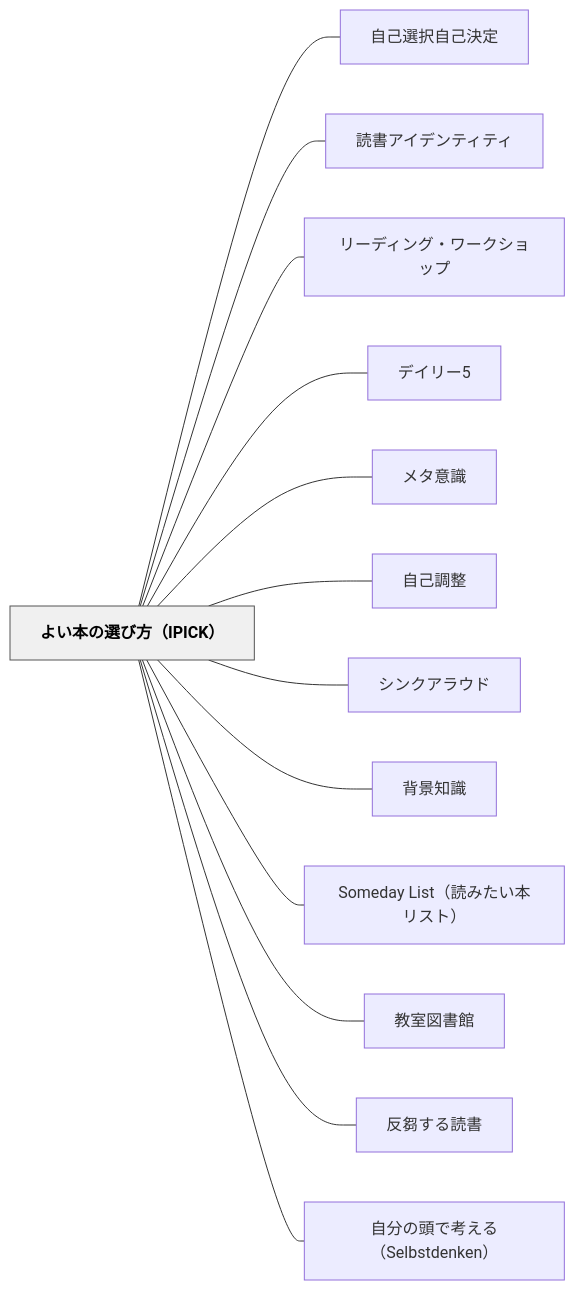
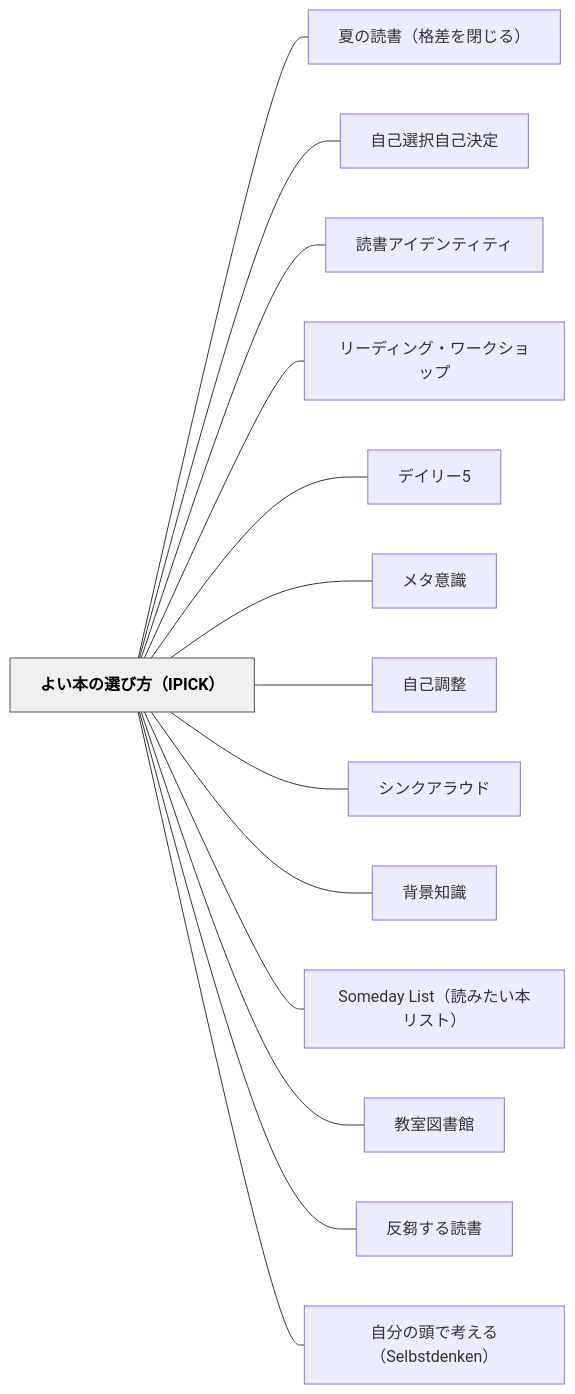
One commit to unknownthings-ed-patterns/unknownthings-ed-patterns changed the diagram in content/パタン/よい本の選び方（IPICK）.md. Above: the diagram before and after it, drawn with Mermaid. The commit also changed other lines of this file and 185 other files, not shown here.

````diff
--- a/content/パタン/よい本の選び方（IPICK）.md
+++ b/content/パタン/よい本の選び方（IPICK）.md
@@ -227,32 +228,34 @@
 ```mermaid
 flowchart LR
     ne38288e38184e69cace381aee981b8e381b3e696b9efbc88495049434befbc89["よい本の選び方（IPICK）"]
+    ne5a48fe381aee8aaade69bb8efbc88e6a0bce5b7aee38292e99689e38198e3828befbc89["夏の読書（格差を閉じる）"]
     ne887aae5b7b1e981b8e68a9ee887aae5b7b1e6b1bae5ae9a["自己選択自己決定"]
     ne8aaade69bb8e382a2e382a4e38387e383b3e38386e382a3e38386e382a3["読書アイデンティティ"]
     ne383aae383bce38387e382a3e383b3e382b0e383bbe383afe383bce382afe382b7e383a7e38383e38397["リーディング・ワークショップ"]
     ne38387e382a4e383aae383bc35["デイリー5"]
     ne383a1e382bfe6848fe8ad98["メタ意識"]
     ne887aae5b7b1e8aabfe695b4["自己調整"]
     ne382b7e383b3e382afe382a2e383a9e382a6e38389["シンクアラウド"]
     ne8838ce699afe79fa5e8ad98["背景知識"]
     n536f6d65646179204c697374efbc88e8aaade381bfe3819fe38184e69cace383aae382b9e38388efbc89["Someday List（読みたい本リスト）"]
     ne69599e5aea4e59bb3e69bb8e9a4a8["教室図書館"]
     ne58f8de88abbe38199e3828be8aaade69bb8["反芻する読書"]
     ne887aae58886e381aee9a0ade381a7e88083e38188e3828befbc8853656c62737464656e6b656eefbc89["自分の頭で考える（Selbstdenken）"]
 
+    ne38288e38184e69cace381aee981b8e381b3e696b9efbc88495049434befbc89 --- ne5a48fe381aee8aaade69bb8efbc88e6a0bce5b7aee38292e99689e38198e3828befbc89
     ne38288e38184e69cace381aee981b8e381b3e696b9efbc88495049434befbc89 --- ne887aae5b7b1e981b8e68a9ee887aae5b7b1e6b1bae5ae9a
     ne38288e38184e69cace381aee981b8e381b3e696b9efbc88495049434befbc89 --- ne8aaade69bb8e382a2e382a4e38387e383b3e38386e382a3e38386e382a3
     ne38288e38184e69cace381aee981b8e381b3e696b9efbc88495049434befbc89 --- ne383aae383bce38387e382a3e383b3e382b0e383bbe383afe383bce382afe382b7e383a7e38383e38397
     ne38288e38184e69cace381aee981b8e381b3e696b9efbc88495049434befbc89 --- ne38387e382a4e383aae383bc35
     ne38288e38184e69cace381aee981b8e381b3e696b9efbc88495049434befbc89 --- ne383a1e382bfe6848fe8ad98
     ne38288e38184e69cace381aee981b8e381b3e696b9efbc88495049434befbc89 --- ne887aae5b7b1e8aabfe695b4
     ne38288e38184e69cace381aee981b8e381b3e696b9efbc88495049434befbc89 --- ne382b7e383b3e382afe382a2e383a9e382a6e38389
     ne38288e38184e69cace381aee981b8e381b3e696b9efbc88495049434befbc89 --- ne8838ce699afe79fa5e8ad98
     ne38288e38184e69cace381aee981b8e381b3e696b9efbc88495049434befbc89 --- n536f6d65646179204c697374efbc88e8aaade381bfe3819fe38184e69cace383aae382b9e38388efbc89
     ne38288e38184e69cace381aee981b8e381b3e696b9efbc88495049434befbc89 --- ne69599e5aea4e59bb3e69bb8e9a4a8
     ne38288e38184e69cace381aee981b8e381b3e696b9efbc88495049434befbc89 --- ne58f8de88abbe38199e3828be8aaade69bb8
     ne38288e38184e69cace381aee981b8e381b3e696b9efbc88495049434befbc89 --- ne887aae58886e381aee9a0ade381a7e88083e38188e3828befbc8853656c62737464656e6b656eefbc89
 
     classDef hub fill:#f0f0f0,stroke:#555,color:#000,font-weight:bold
     class ne38288e38184e69cace381aee981b8e381b3e696b9efbc88495049434befbc89 hub
 ```
````
